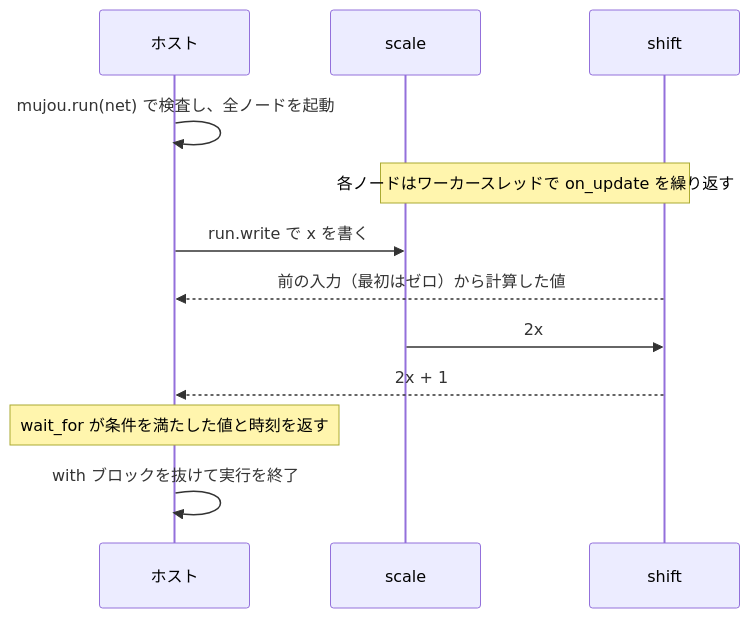
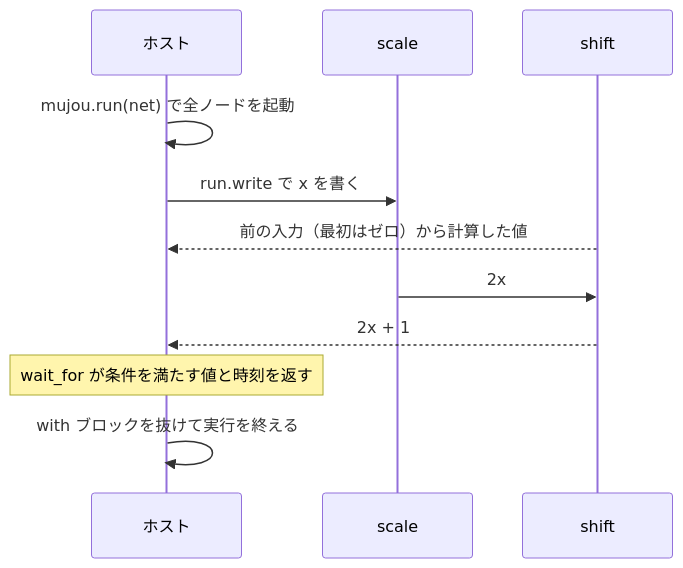
Before and after one commit to Geson-anko/mujou: the second of 2 diagrams in docs/ja/tutorial/1-run.md, drawn with Mermaid. The commit also changed other lines of this file and 49 other files, not shown here.

````diff
--- a/docs/ja/tutorial/1-run.md
+++ b/docs/ja/tutorial/1-run.md
@@ -152,14 +56,13 @@
 ```mermaid
 sequenceDiagram
     participant H as ホスト
     participant S as scale
     participant F as shift
-    H->>H: mujou.run(net) で検査し、全ノードを起動
-    Note over S,F: 各ノードはワーカースレッドで on_update を繰り返す
+    H->>H: mujou.run(net) で全ノードを起動
     H->>S: run.write で x を書く
     F-->>H: 前の入力（最初はゼロ）から計算した値
     S->>F: 2x
     F-->>H: 2x + 1
-    Note over H: wait_for が条件を満たした値と時刻を返す
-    H->>H: with ブロックを抜けて実行を終了
+    Note over H: wait_for が条件を満たす値と時刻を返す
+    H->>H: with ブロックを抜けて実行を終える
 ```
````
